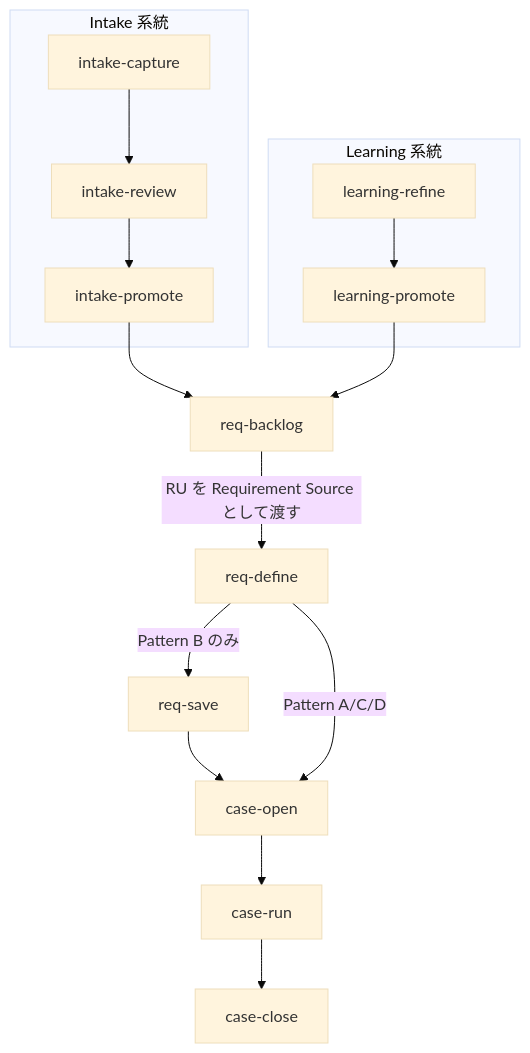
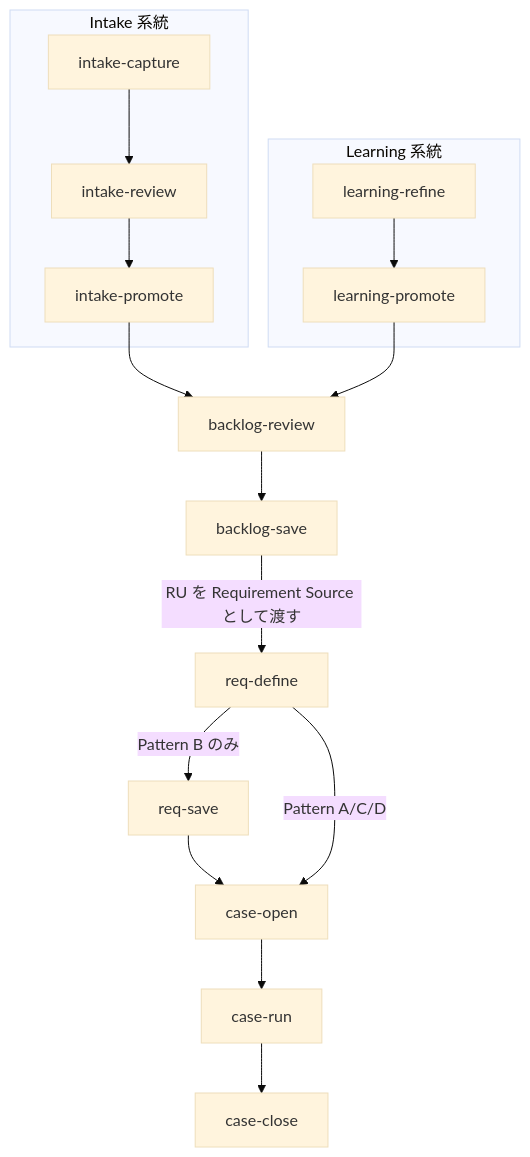
Before and after one commit to yogata/agent-dev-flow: the first of 2 diagrams in docs/guides/workflow-overview.md, drawn with Mermaid (base theme). The commit also changed other lines of this file and 31 other files, not shown here.

First line of the commit message:
feat: backlog-review / backlog-save コマンド分割

````diff
--- a/docs/guides/workflow-overview.md
+++ b/docs/guides/workflow-overview.md
@@ -9,26 +9,27 @@
 ```mermaid
 flowchart TD
     subgraph Intake["Intake 系統"]
         IC[intake-capture]
         IR[intake-review]
         IP[intake-promote]
     end
     subgraph Learning["Learning 系統"]
         LR[learning-refine]
         LP[learning-promote]
     end
-    RB[req-backlog]
+    BR[backlog-review]
+    BS[backlog-save]
     RD[req-define]
     RS[req-save]
     CO[case-open]
     CR[case-run]
     CC[case-close]
 
-    IC --> IR --> IP --> RB
-    LR --> LP --> RB
-    RB -->|"RU を Requirement Source として渡す"| RD
+    IC --> IR --> IP --> BR
+    LR --> LP --> BR
+    BR --> BS -->|"RU を Requirement Source として渡す"| RD
     RD -->|"Pattern B のみ"| RS
     RS --> CO
     RD -->|"Pattern A/C/D"| CO
     CO --> CR --> CC
 ```
````
